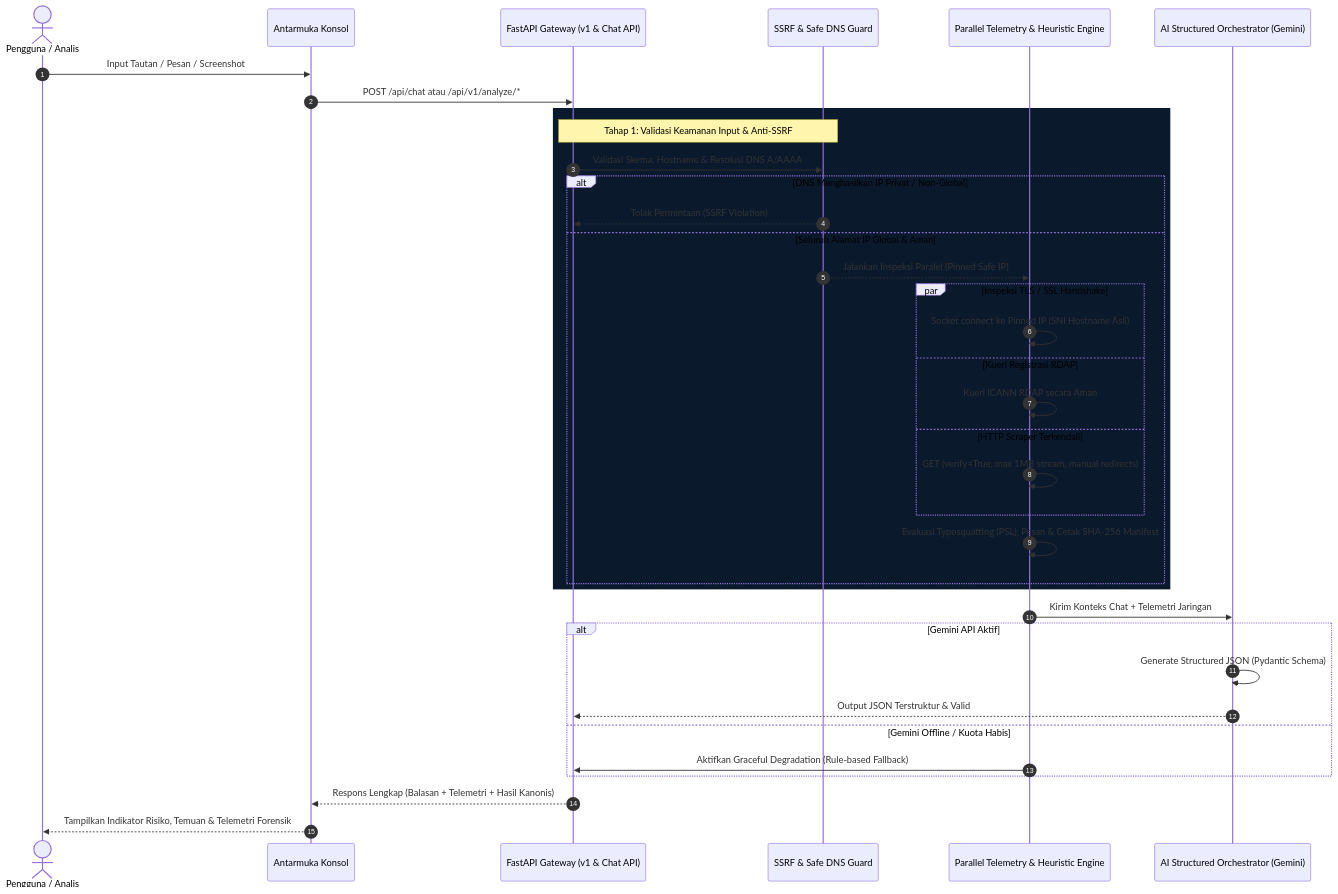
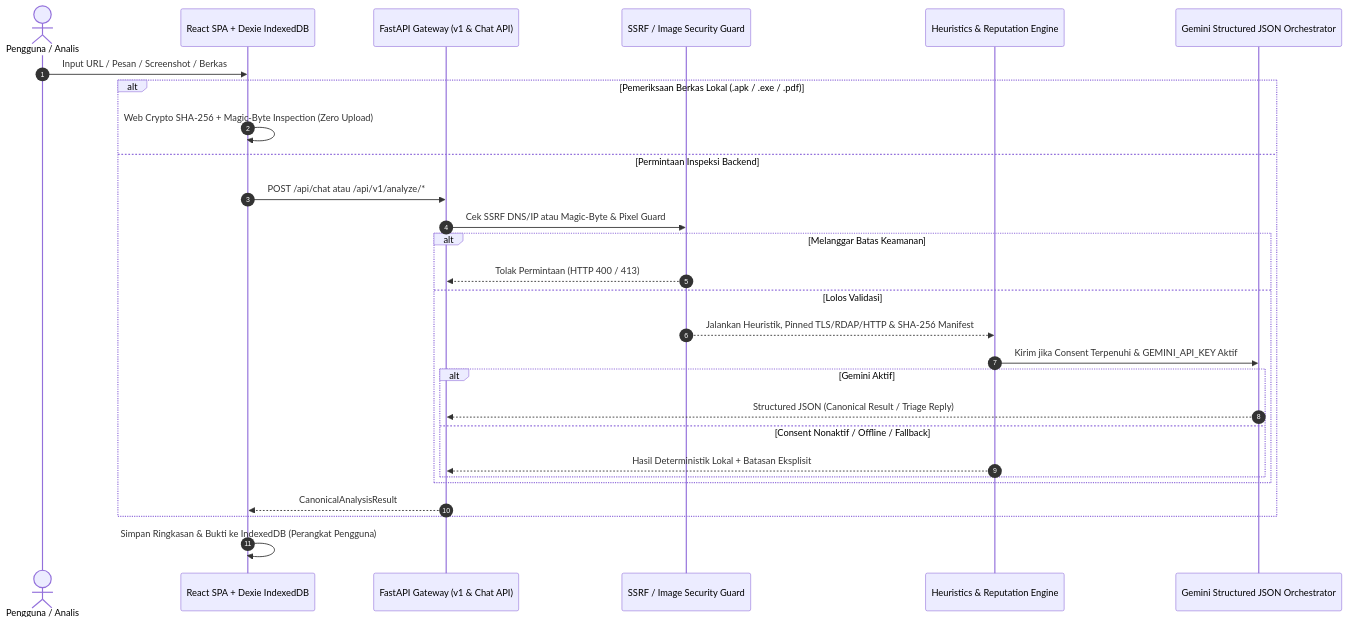
Before and after one commit to ChoqySirait/Chatbot: the first of 2 diagrams in README.md, drawn with Mermaid. The commit also changed other lines of this file and 17 other files, not shown here.

````diff
--- a/README.md
+++ b/README.md
@@ -85,42 +63,31 @@
 ```mermaid
 sequenceDiagram
     autonumber
     actor User as Pengguna / Analis
-    participant UI as Antarmuka Konsol
+    participant UI as React SPA + Dexie IndexedDB
     participant GW as FastAPI Gateway (v1 & Chat API)
-    participant SEC as SSRF & Safe DNS Guard
-    participant Core as Parallel Telemetry & Heuristic Engine
-    participant AI as AI Structured Orchestrator (Gemini)
+    participant SEC as SSRF / Image Security Guard
+    participant Core as Heuristics & Reputation Engine
+    participant AI as Gemini Structured JSON Orchestrator
 
-    User->>UI: Input Tautan / Pesan / Screenshot
-    UI->>GW: POST /api/chat atau /api/v1/analyze/*
-    
-    rect rgb(11, 25, 44)
-        Note over GW,SEC: Tahap 1: Validasi Keamanan Input & Anti-SSRF
-        GW->>SEC: Validasi Skema, Hostname & Resolusi DNS A/AAAA
-        alt DNS Menghasilkan IP Privat / Non-Global
-            SEC-->>GW: Tolak Permintaan (SSRF Violation)
-        else Seluruh Alamat IP Global & Aman
-            SEC-->>Core: Jalankan Inspeksi Paralel (Pinned Safe IP)
-            par Inspeksi TLS / SSL Handshake
-                Core->>Core: Socket connect ke Pinned IP (SNI Hostname Asli)
-            and Kueri Registrasi RDAP
-                Core->>Core: Kueri ICANN RDAP secara Aman
-            and HTTP Scraper Terkendali
-                Core->>Core: GET (verify=True, max 1MB stream, manual redirects)
+    User->>UI: Input URL / Pesan / Screenshot / Berkas
+    alt Pemeriksaan Berkas Lokal (.apk / .exe / .pdf)
+        UI->>UI: Web Crypto SHA-256 + Magic-Byte Inspection (Zero Upload)
+    else Permintaan Inspeksi Backend
+        UI->>GW: POST /api/chat atau /api/v1/analyze/*
+        GW->>SEC: Cek SSRF DNS/IP atau Magic-Byte & Pixel Guard
+        alt Melanggar Batas Keamanan
+            SEC-->>GW: Tolak Permintaan (HTTP 400 / 413)
+        else Lolos Validasi
+            SEC-->>Core: Jalankan Heuristik, Pinned TLS/RDAP/HTTP & SHA-256 Manifest
+            Core->>AI: Kirim jika Consent Terpenuhi & GEMINI_API_KEY Aktif
+            alt Gemini Aktif
+                AI-->>GW: Structured JSON (Canonical Result / Triage Reply)
+            else Consent Nonaktif / Offline / Fallback
+                Core-->>GW: Hasil Deterministik Lokal + Batasan Eksplisit
             end
-            Core->>Core: Evaluasi Typosquatting (PSL), Pesan & Cetak SHA-256 Manifest
         end
+        GW-->>UI: CanonicalAnalysisResult
     end
-
-    Core->>AI: Kirim Konteks Chat + Telemetri Jaringan
-    alt Gemini API Aktif
-        AI->>AI: Generate Structured JSON (Pydantic Schema)
-        AI-->>GW: Output JSON Terstruktur & Valid
-    else Gemini Offline / Kuota Habis
-        Core->>GW: Aktifkan Graceful Degradation (Rule-based Fallback)
-    end
-    
-    GW-->>UI: Respons Lengkap (Balasan + Telemetri + Hasil Kanonis)
-    UI-->>User: Tampilkan Indikator Risiko, Temuan & Telemetri Forensik
+    UI->>UI: Simpan Ringkasan & Bukti ke IndexedDB (Perangkat Pengguna)
 ```
````
